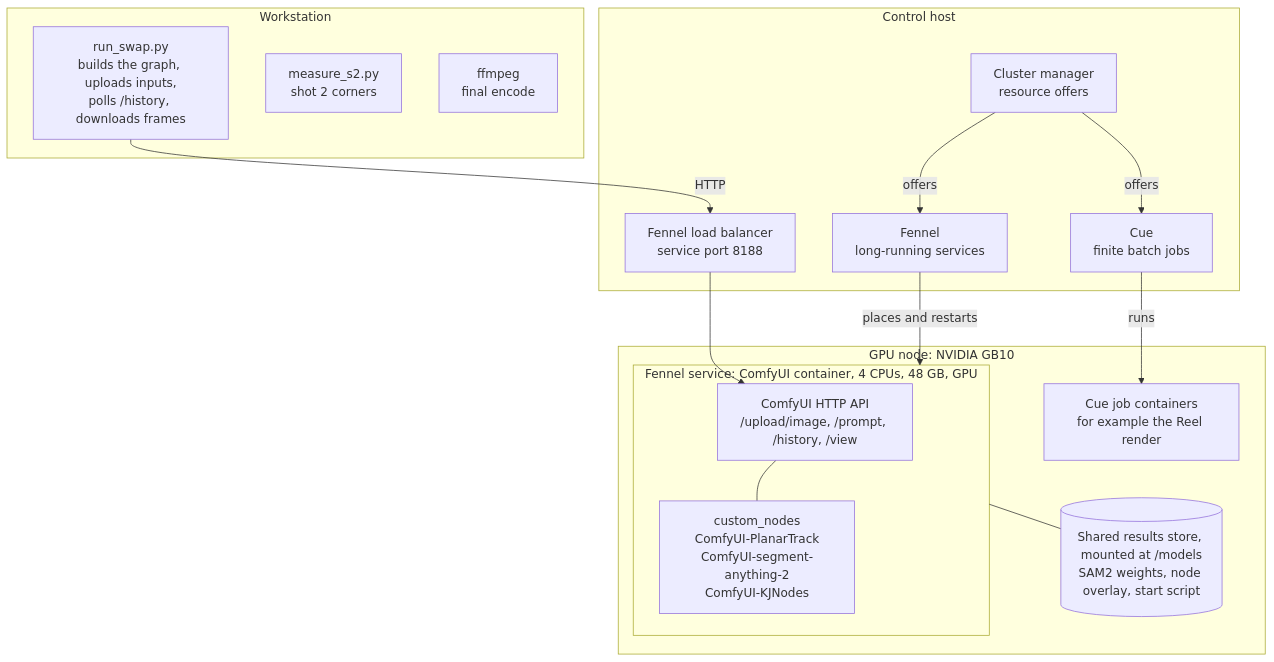
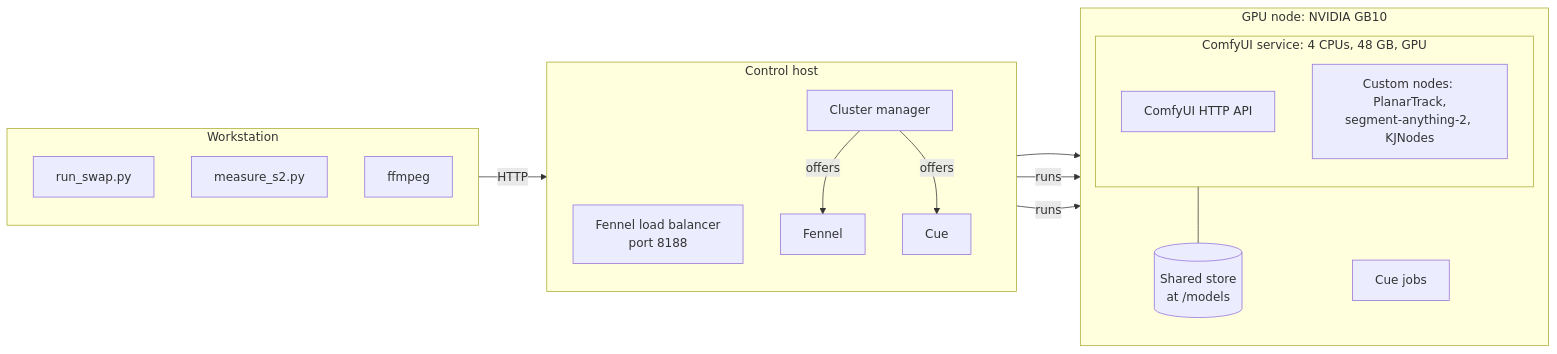
The second of 2 diagrams in examples/record-swap/README.md (tnn1t1s/tnn1t1s-comfy), drawn with Mermaid before and after one commit.

Commit message:
Record-swap example: lay the stack diagram out left to right, with shorter labels

````diff
--- a/examples/record-swap/README.md
+++ b/examples/record-swap/README.md
@@ -92,32 +92,34 @@
 ```mermaid
-flowchart TB
+flowchart LR
   subgraph client ["Workstation"]
-    runswap["run_swap.py<br/>builds the graph, uploads inputs,<br/>polls /history, downloads frames"]
-    measure["measure_s2.py<br/>shot 2 corners"]
-    ffmpeg["ffmpeg<br/>final encode"]
+    direction TB
+    runswap["run_swap.py"]
+    measure["measure_s2.py"]
+    ffmpeg["ffmpeg"]
   end
 
   subgraph control ["Control host"]
-    mgr["Cluster manager<br/>resource offers"]
-    fennel["Fennel<br/>long-running services"]
-    cue["Cue<br/>finite batch jobs"]
-    lb["Fennel load balancer<br/>service port 8188"]
+    direction TB
+    lb["Fennel load balancer<br/>port 8188"]
+    fennel["Fennel"]
+    cue["Cue"]
+    mgr["Cluster manager"]
   end
 
   subgraph gpu ["GPU node: NVIDIA GB10"]
-    subgraph comfyapp ["Fennel service: ComfyUI container, 4 CPUs, 48 GB, GPU"]
-      comfy["ComfyUI HTTP API<br/>/upload/image, /prompt, /history, /view"]
-      nodes["custom_nodes<br/>ComfyUI-PlanarTrack<br/>ComfyUI-segment-anything-2<br/>ComfyUI-KJNodes"]
-      comfy --- nodes
+    direction TB
+    subgraph comfyapp ["ComfyUI service: 4 CPUs, 48 GB, GPU"]
+      comfy["ComfyUI HTTP API"]
+      nodes["Custom nodes: PlanarTrack,<br/>segment-anything-2, KJNodes"]
     end
-    store[("Shared results store, mounted at /models<br/>SAM2 weights, node overlay, start script")]
-    cuejob["Cue job containers<br/>for example the Reel render"]
+    store[("Shared store<br/>at /models")]
+    cuejob["Cue jobs"]
   end
 
   runswap -- "HTTP" --> lb --> comfy
   mgr -- "offers" --> fennel
   mgr -- "offers" --> cue
-  fennel -- "places and restarts" --> comfyapp
+  fennel -- "runs" --> comfyapp
   cue -- "runs" --> cuejob
   comfyapp --- store
 ```
````
